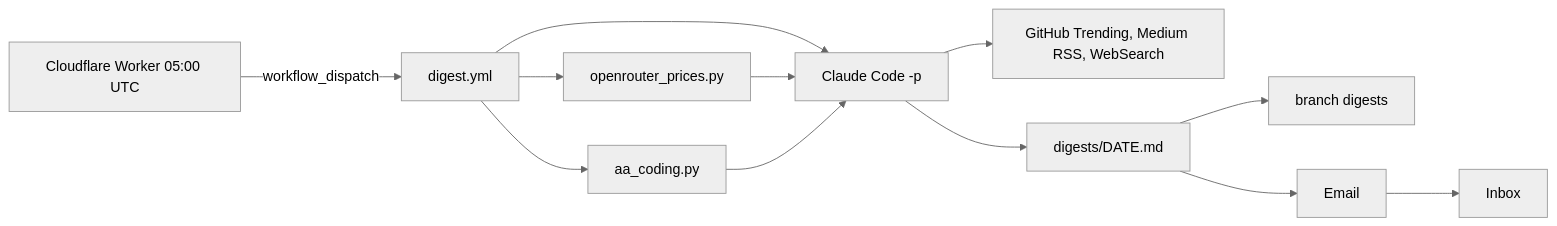
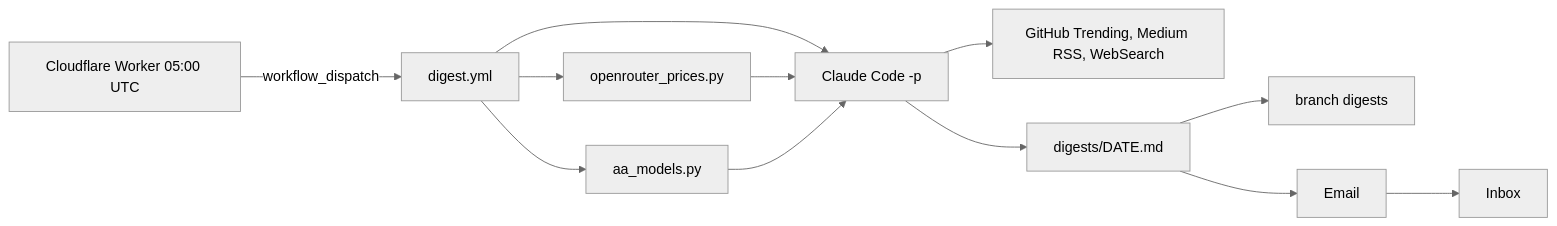
The diagram in README.md (teodorio95-portofolio/ai-trends-digest), drawn with Mermaid (neutral theme) before and after one commit. The commit also changed other lines of this file and 8 other files, not shown here.

````diff
--- a/README.md
+++ b/README.md
@@ -14,13 +14,13 @@
 ```mermaid
 flowchart LR
   worker[Cloudflare Worker 05:00 UTC] -->|workflow_dispatch| wf[digest.yml]
   wf --> or[openrouter_prices.py]
   wf --> cc[Claude Code -p]
   cc --> src[GitHub Trending, Medium RSS, WebSearch]
-  wf --> aa[aa_coding.py]
+  wf --> aa[aa_models.py]
   or --> cc
   aa --> cc
   cc --> md[digests/DATE.md]
   md --> branch[branch digests]
   md --> mail[Email] --> inbox[Inbox]
 ```
````
